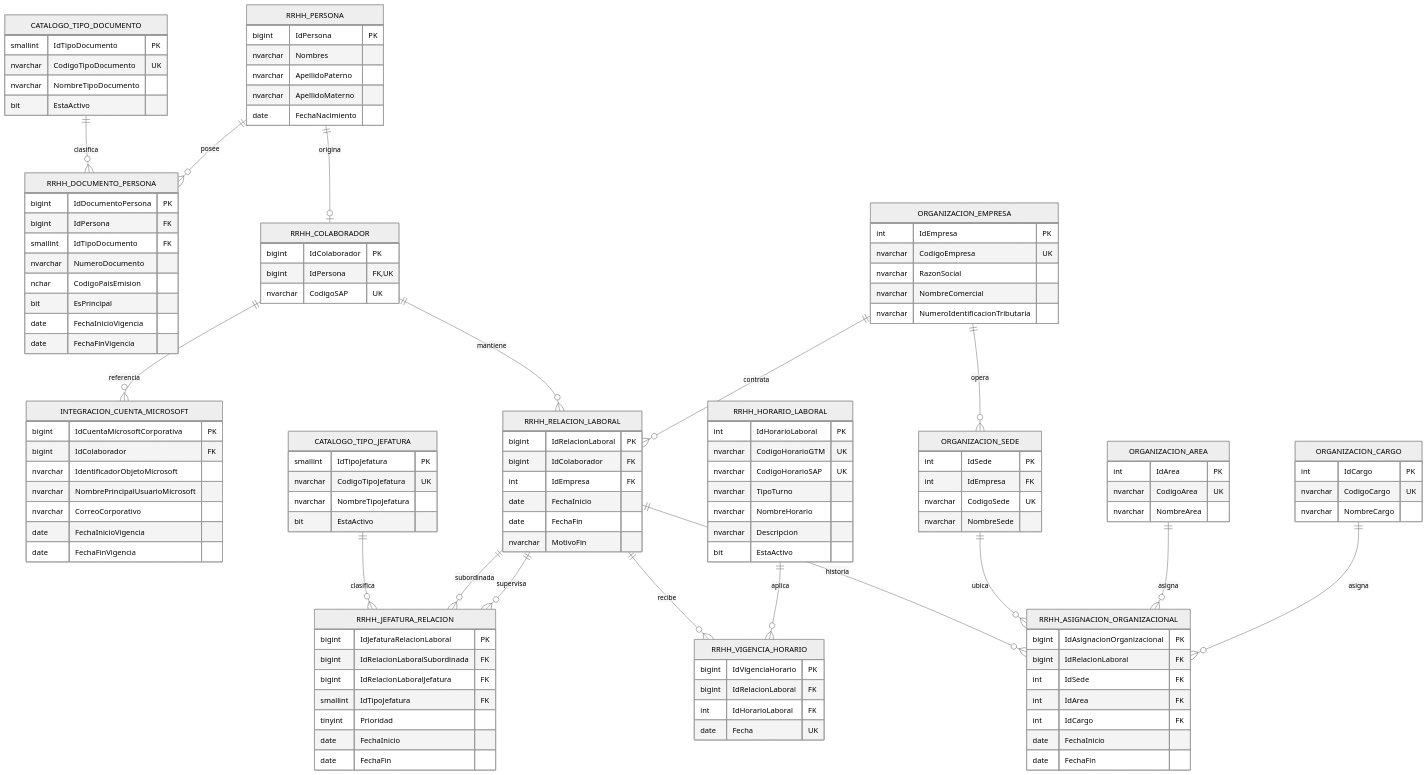
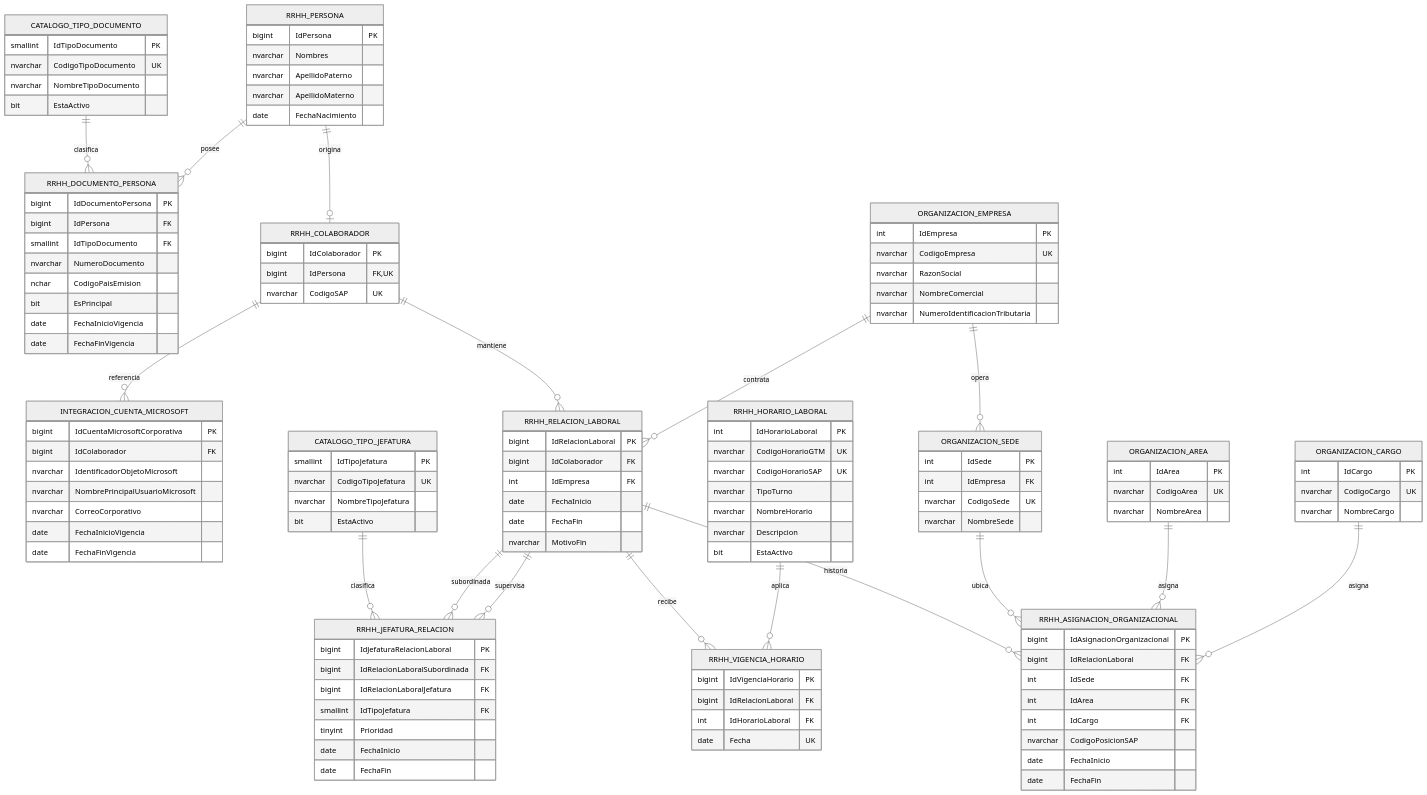
Before and after one commit to Daniel-1401/GTM-DATABASE: the diagram in docs-proyecto/er-diagram-fisico-v1.md, drawn with Mermaid (neutral theme). The commit also changed other lines of this file and 95 other files, not shown here.

```diff
--- a/docs-proyecto/er-diagram-fisico-v1.md
+++ b/docs-proyecto/er-diagram-fisico-v1.md
@@ -114,6 +114,7 @@
         int IdSede FK
         int IdArea FK
         int IdCargo FK
+        nvarchar CodigoPosicionSAP
         date FechaInicio
         date FechaFin
     }
```
